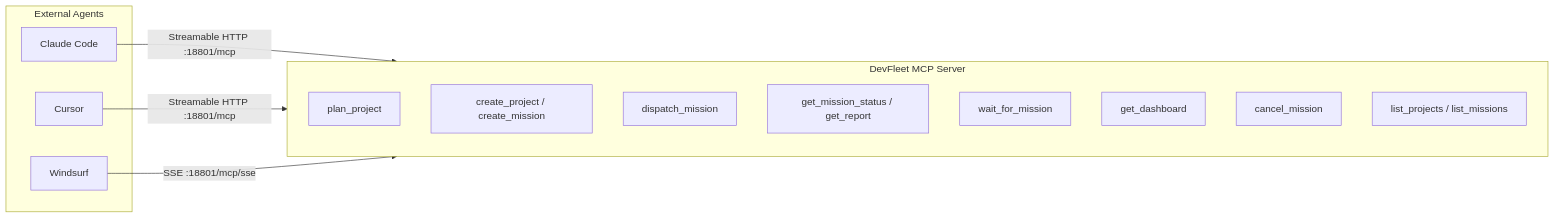
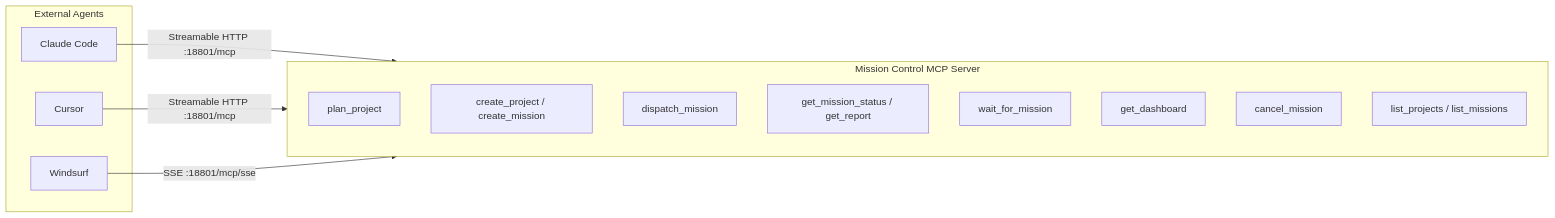
One commit to Cyvid7-Darus10/claude-mission-control changed the fourth of 4 diagrams in diagrams/README.md. Above: the diagram before and after it, drawn with Mermaid. The commit also changed other lines of this file and 27 other files, not shown here.

First line of the commit message:
feat: scratch rebuild — new architecture, plan, and research docs

````diff
--- a/diagrams/README.md
+++ b/diagrams/README.md
@@ -132,23 +132,23 @@
 ```mermaid
 graph LR
     subgraph Clients["External Agents"]
         CC["Claude Code"]
         Cursor["Cursor"]
         Wind["Windsurf"]
     end
 
-    subgraph DevFleetMCP["DevFleet MCP Server"]
+    subgraph DevFleetMCP["Mission Control MCP Server"]
         Plan["plan_project"]
         Create["create_project / create_mission"]
         Dispatch["dispatch_mission"]
         Status["get_mission_status / get_report"]
         Wait["wait_for_mission"]
         Dashboard["get_dashboard"]
         Cancel["cancel_mission"]
         List["list_projects / list_missions"]
     end
 
     CC -->|"Streamable HTTP :18801/mcp"| DevFleetMCP
     Cursor -->|"Streamable HTTP :18801/mcp"| DevFleetMCP
     Wind -->|"SSE :18801/mcp/sse"| DevFleetMCP
 ```
````
